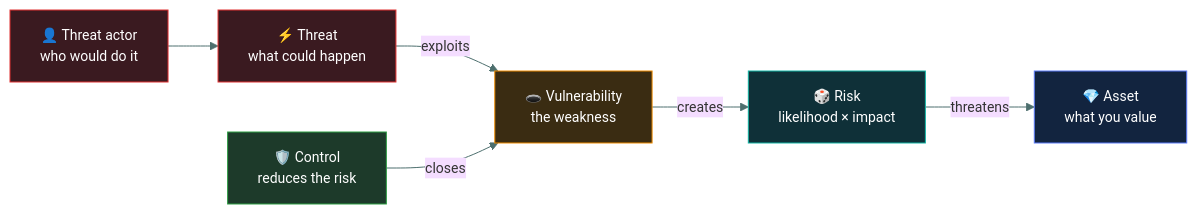
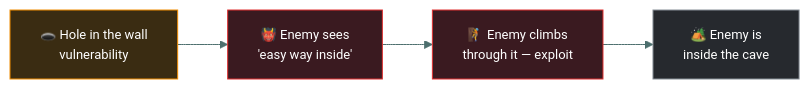
The first of 5 diagrams in 01-security-principles/risk-concepts/README.md (tarunTejaDesireddy/cc-exam-prep), drawn with Mermaid before and after one commit. The commit also changed other lines of this file and 1 other file, not shown here.

First line of the commit message:
Rewrite risk-concepts with the full 15-concept caveman walkthrough

````diff
--- a/01-security-principles/risk-concepts/README.md
+++ b/01-security-principles/risk-concepts/README.md
@@ -84,16 +135,12 @@
 ```mermaid
-%%{init: {'theme':'base','themeVariables':{'fontSize':'14px','lineColor':'#4d6f6e','textColor':'#dbe7e6'}}}%%
+%%{init: {'theme':'base','themeVariables':{'fontFamily':'Segoe UI, Helvetica Neue, Arial, sans-serif','fontSize':'13px','lineColor':'#4d6f6e','textColor':'#dbe7e6'}}}%%
 flowchart LR
-    TA["👤 Threat actor<br/>who would do it"] --> T["⚡ Threat<br/>what could happen"]
-    T -->|exploits| V["🕳️ Vulnerability<br/>the weakness"]
-    V -->|creates| R["🎲 Risk<br/>likelihood × impact"]
-    R -->|threatens| A["💎 Asset<br/>what you value"]
-    C["🛡️ Control<br/>reduces the risk"] -->|closes| V
+    HOLE["🕳️ Hole in the wall<br/>vulnerability"] --> SEE["👹 Enemy sees<br/>'easy way inside'"]
+    SEE --> CLIMB["🧗 Enemy climbs<br/>through it — exploit"]
+    CLIMB --> IN["🏕️ Enemy is<br/>inside the cave"]
 
-    style TA fill:#3a1a20,stroke:#E03131,color:#fff
-    style T fill:#3a1a20,stroke:#E03131,color:#fff
-    style V fill:#3a2c12,stroke:#F08C00,color:#fff
-    style R fill:#0f3038,stroke:#12B5A5,color:#fff
-    style A fill:#12243f,stroke:#5C7CFA,color:#fff
-    style C fill:#1d3a2a,stroke:#2F9E44,color:#fff
+    style HOLE fill:#3a2c12,stroke:#F08C00,color:#fff
+    style SEE fill:#3a1a20,stroke:#E03131,color:#fff
+    style CLIMB fill:#3a1a20,stroke:#E03131,color:#fff
+    style IN fill:#26292e,stroke:#868E96,color:#fff
 ```
````
